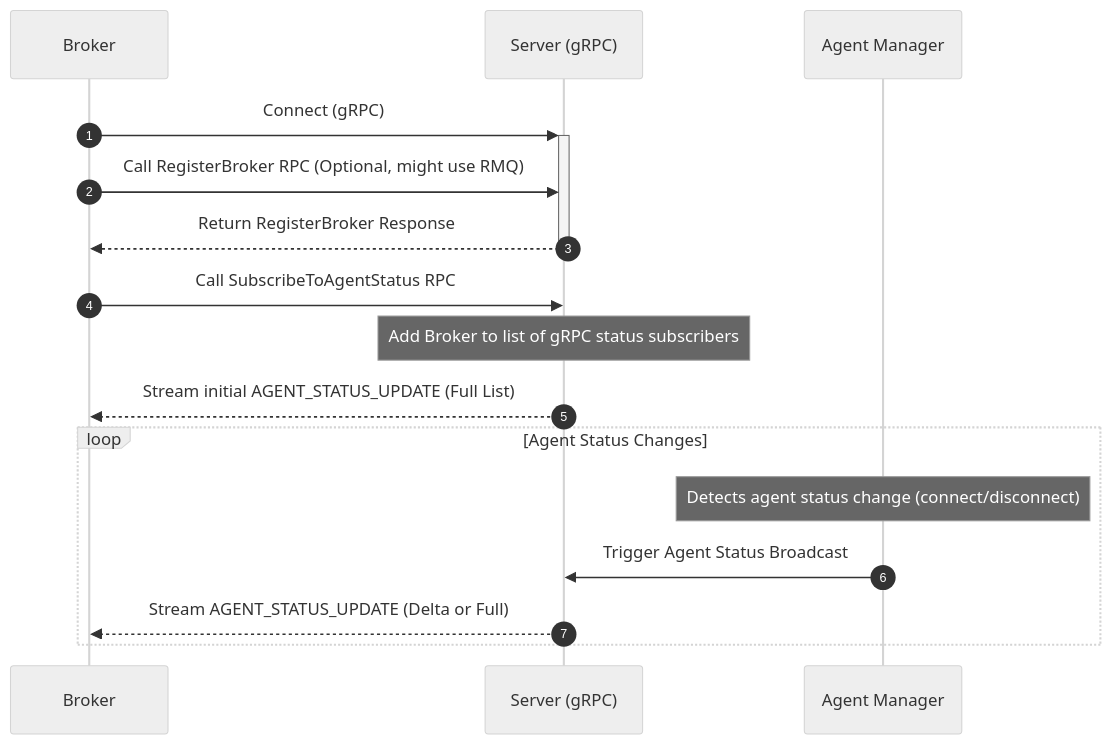
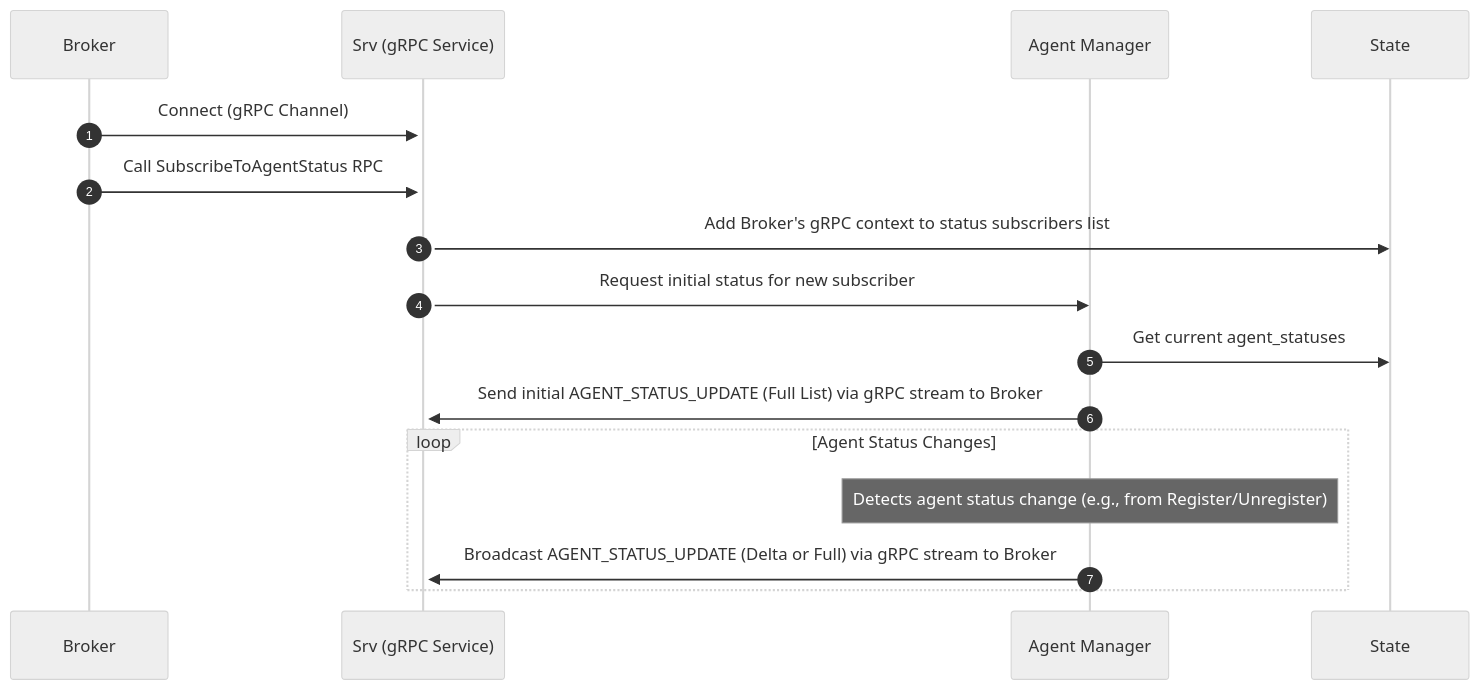
One commit to jt-f/community changed the third of 5 diagrams in server/README.md. Above: the diagram before and after it, drawn with Mermaid (neutral theme). The commit also changed other lines of this file and 5 other files, not shown here.

````diff
--- a/server/README.md
+++ b/server/README.md
@@ -135,19 +139,19 @@
 ```mermaid
 sequenceDiagram
     autonumber
-    participant Broker as Broker
-    participant SrvGRPC as Server (gRPC)
+    participant Broker
+    participant SrvGRPC as Srv (gRPC Service)
     participant AgentMgr as Agent Manager
+    participant State
 
-    Broker->>+SrvGRPC: Connect (gRPC)
-    Broker->>SrvGRPC: Call RegisterBroker RPC (Optional, might use RMQ)
-    SrvGRPC-->>-Broker: Return RegisterBroker Response
+    Broker->>+SrvGRPC: Connect (gRPC Channel)
     Broker->>SrvGRPC: Call SubscribeToAgentStatus RPC
-    Note over SrvGRPC: Add Broker to list of gRPC status subscribers
-    SrvGRPC-->>Broker: Stream initial AGENT_STATUS_UPDATE (Full List)
+    SrvGRPC->>State: Add Broker's gRPC context to status subscribers list
+    SrvGRPC->>AgentMgr: Request initial status for new subscriber
+    AgentMgr->>State: Get current agent_statuses
+    AgentMgr->>SrvGRPC: Send initial AGENT_STATUS_UPDATE (Full List) via gRPC stream to Broker
     loop Agent Status Changes
-        Note over AgentMgr: Detects agent status change (connect/disconnect)
-        AgentMgr->>SrvGRPC: Trigger Agent Status Broadcast
-        SrvGRPC-->>Broker: Stream AGENT_STATUS_UPDATE (Delta or Full)
+        Note over AgentMgr: Detects agent status change (e.g., from Register/Unregister)
+        AgentMgr->>SrvGRPC: Broadcast AGENT_STATUS_UPDATE (Delta or Full) via gRPC stream to Broker
     end
 ```
````
